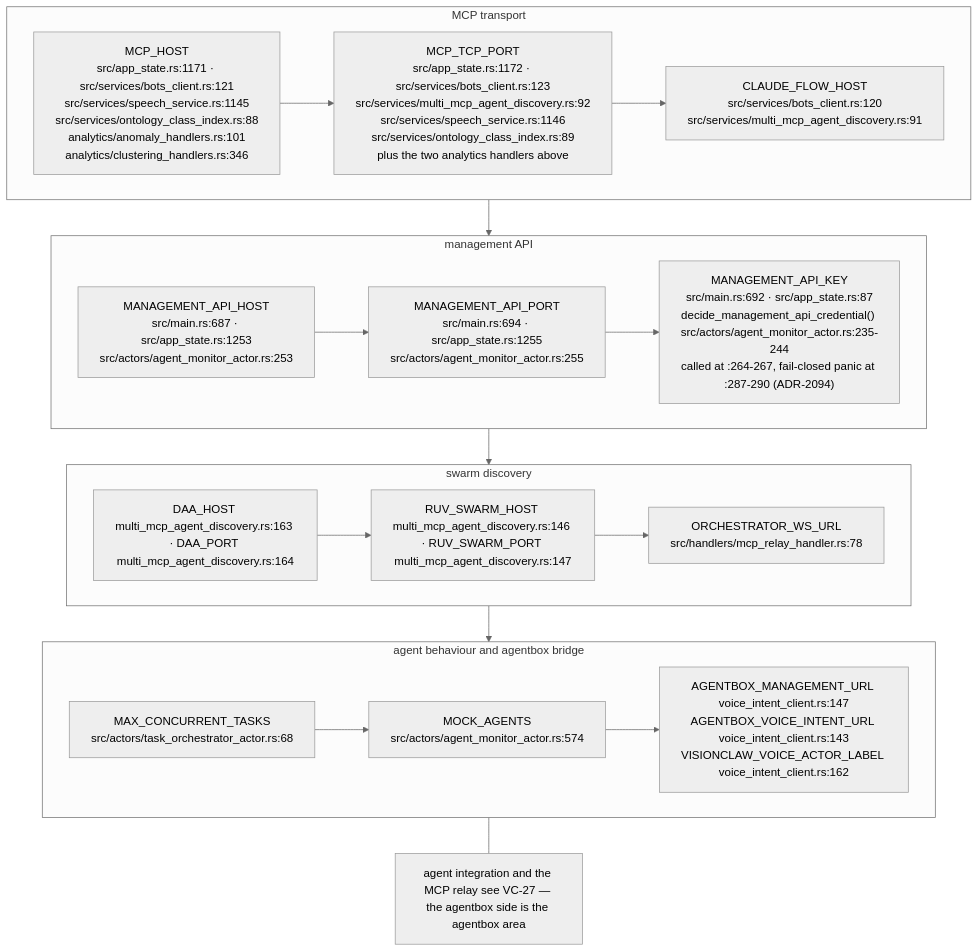
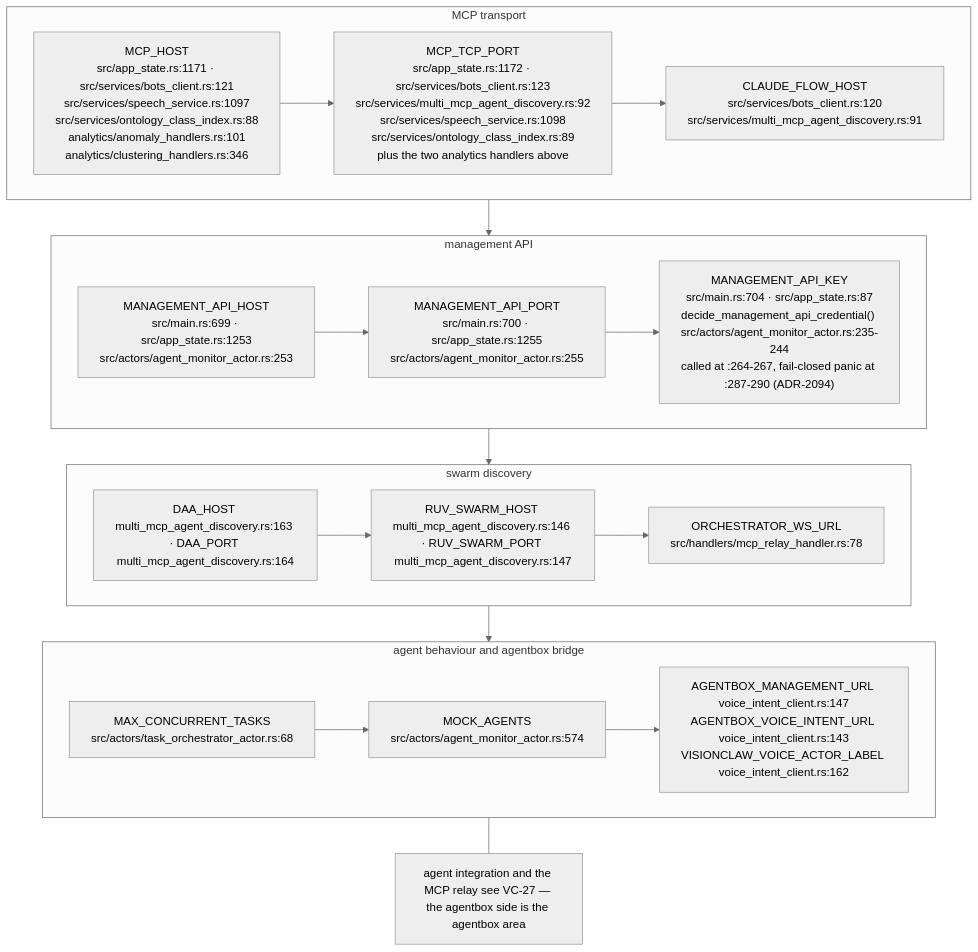
One commit to DreamLab-AI/VisionFlow changed diagram 12 of 15 in docs/diagrams/visionclaw/09-config-and-env-flags.md. Above: the diagram before and after it, drawn with Mermaid (neutral theme). The commit also changed other lines of this file and 32 other files, not shown here.

````diff
--- a/docs/diagrams/visionclaw/09-config-and-env-flags.md
+++ b/docs/diagrams/visionclaw/09-config-and-env-flags.md
@@ -463,18 +466,18 @@
 ```mermaid
 flowchart TB
     subgraph MCP["MCP transport"]
-        M1["MCP_HOST<br/>src/app_state.rs:1171 · src/services/bots_client.rs:121<br/>src/services/speech_service.rs:1145<br/>src/services/ontology_class_index.rs:88<br/>analytics/anomaly_handlers.rs:101<br/>analytics/clustering_handlers.rs:346"] --> M2["MCP_TCP_PORT<br/>src/app_state.rs:1172 · src/services/bots_client.rs:123<br/>src/services/multi_mcp_agent_discovery.rs:92<br/>src/services/speech_service.rs:1146<br/>src/services/ontology_class_index.rs:89<br/>plus the two analytics handlers above"] --> M3["CLAUDE_FLOW_HOST<br/>src/services/bots_client.rs:120<br/>src/services/multi_mcp_agent_discovery.rs:91"]
+        M1["MCP_HOST<br/>src/app_state.rs:1171 · src/services/bots_client.rs:121<br/>src/services/speech_service.rs:1097<br/>src/services/ontology_class_index.rs:88<br/>analytics/anomaly_handlers.rs:101<br/>analytics/clustering_handlers.rs:346"] --> M2["MCP_TCP_PORT<br/>src/app_state.rs:1172 · src/services/bots_client.rs:123<br/>src/services/multi_mcp_agent_discovery.rs:92<br/>src/services/speech_service.rs:1098<br/>src/services/ontology_class_index.rs:89<br/>plus the two analytics handlers above"] --> M3["CLAUDE_FLOW_HOST<br/>src/services/bots_client.rs:120<br/>src/services/multi_mcp_agent_discovery.rs:91"]
     end
     subgraph MGMT["management API"]
-        G1["MANAGEMENT_API_HOST<br/>src/main.rs:687 · src/app_state.rs:1253<br/>src/actors/agent_monitor_actor.rs:253"] --> G2["MANAGEMENT_API_PORT<br/>src/main.rs:694 · src/app_state.rs:1255<br/>src/actors/agent_monitor_actor.rs:255"] --> G3["MANAGEMENT_API_KEY<br/>src/main.rs:692 · src/app_state.rs:87<br/>decide_management_api_credential() src/actors/agent_monitor_actor.rs:235-244<br/>called at :264-267, fail-closed panic at :287-290 (ADR-2094)"]
+        G1["MANAGEMENT_API_HOST<br/>src/main.rs:699 · src/app_state.rs:1253<br/>src/actors/agent_monitor_actor.rs:253"] --> G2["MANAGEMENT_API_PORT<br/>src/main.rs:700 · src/app_state.rs:1255<br/>src/actors/agent_monitor_actor.rs:255"] --> G3["MANAGEMENT_API_KEY<br/>src/main.rs:704 · src/app_state.rs:87<br/>decide_management_api_credential() src/actors/agent_monitor_actor.rs:235-244<br/>called at :264-267, fail-closed panic at :287-290 (ADR-2094)"]
     end
     subgraph DISC["swarm discovery"]
         D1["DAA_HOST multi_mcp_agent_discovery.rs:163 · DAA_PORT multi_mcp_agent_discovery.rs:164"] --> D2["RUV_SWARM_HOST multi_mcp_agent_discovery.rs:146 · RUV_SWARM_PORT multi_mcp_agent_discovery.rs:147"] --> D3["ORCHESTRATOR_WS_URL<br/>src/handlers/mcp_relay_handler.rs:78"]
     end
     subgraph AGENTS["agent behaviour and agentbox bridge"]
         A1["MAX_CONCURRENT_TASKS<br/>src/actors/task_orchestrator_actor.rs:68"] --> A2["MOCK_AGENTS<br/>src/actors/agent_monitor_actor.rs:574"] --> A3["AGENTBOX_MANAGEMENT_URL voice_intent_client.rs:147<br/>AGENTBOX_VOICE_INTENT_URL voice_intent_client.rs:143<br/>VISIONCLAW_VOICE_ACTOR_LABEL voice_intent_client.rs:162"]
     end
     MCP --> MGMT --> DISC --> AGENTS
     N["agent integration and the MCP relay see VC-27 — the agentbox side is the agentbox area"]
     AGENTS --- N
 ```
````
